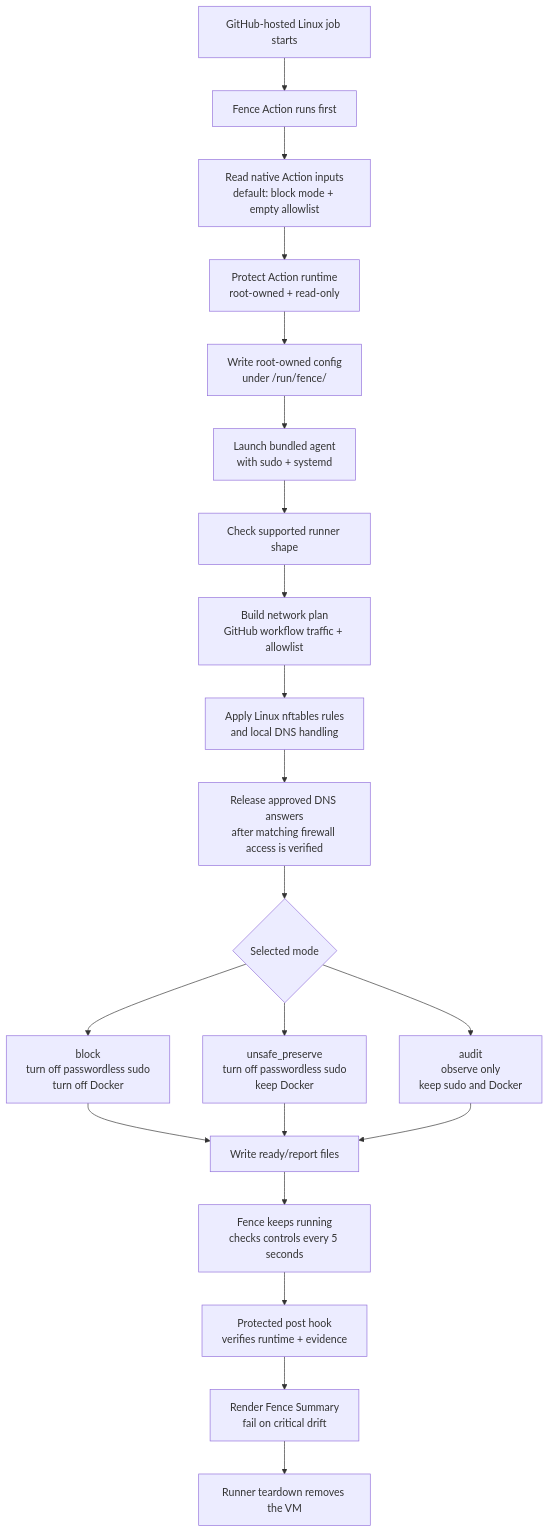
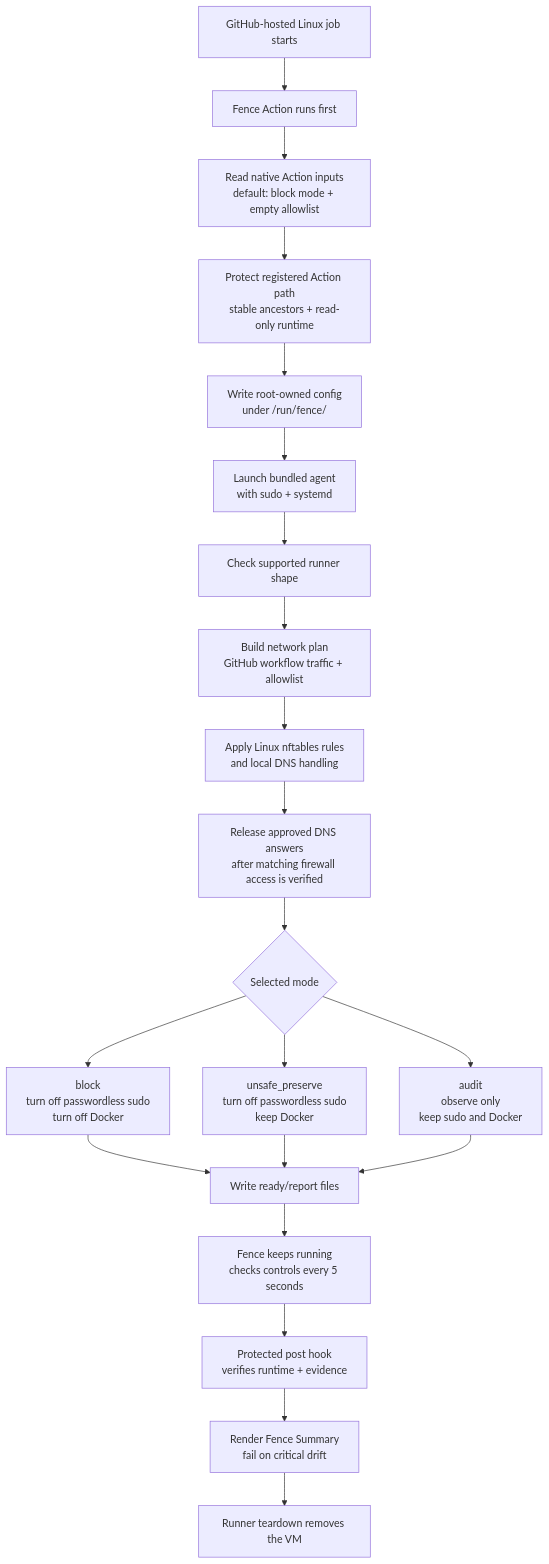
Before and after one commit to openai/fence: the diagram in README.md, drawn with Mermaid. The commit also changed other lines of this file and 29 other files, not shown here.

````diff
--- a/README.md
+++ b/README.md
@@ -148,27 +148,27 @@
 ```mermaid
 flowchart TD
     start["GitHub-hosted Linux job starts"] --> action["Fence Action runs first"]
     action --> input["Read native Action inputs<br/>default: block mode + empty allowlist"]
-    input --> protect["Protect Action runtime<br/>root-owned + read-only"]
+    input --> protect["Protect registered Action path<br/>stable ancestors + read-only runtime"]
     protect --> config["Write root-owned config<br/>under /run/fence/"]
     config --> launch["Launch bundled agent<br/>with sudo + systemd"]
 
     launch --> support["Check supported runner shape"]
     support --> plan["Build network plan<br/>GitHub workflow traffic + allowlist"]
     plan --> network["Apply Linux nftables rules<br/>and local DNS handling"]
     network --> gate["Release approved DNS answers<br/>after matching firewall access is verified"]
 
     gate --> mode{"Selected mode"}
     mode --> block["block<br/>turn off passwordless sudo<br/>turn off Docker"]
     mode --> degraded["unsafe_preserve<br/>turn off passwordless sudo<br/>keep Docker"]
     mode --> audit["audit<br/>observe only<br/>keep sudo and Docker"]
 
     block --> ready["Write ready/report files"]
     degraded --> ready
     audit --> ready
 
     ready --> resident["Fence keeps running<br/>checks controls every 5 seconds"]
     resident --> post["Protected post hook<br/>verifies runtime + evidence"]
     post --> summary["Render Fence Summary<br/>fail on critical drift"]
     summary --> teardown["Runner teardown removes the VM"]
 ```
````
